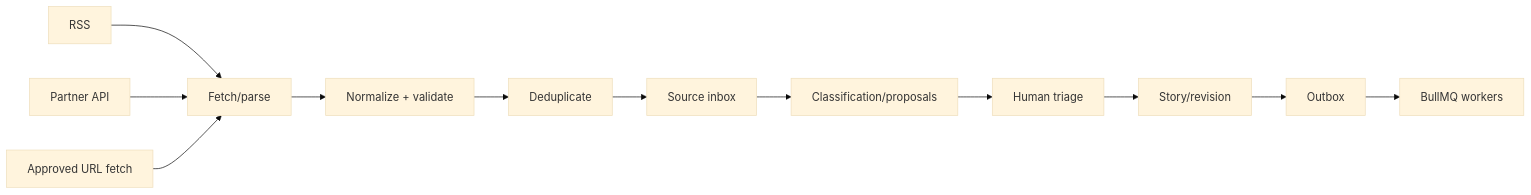
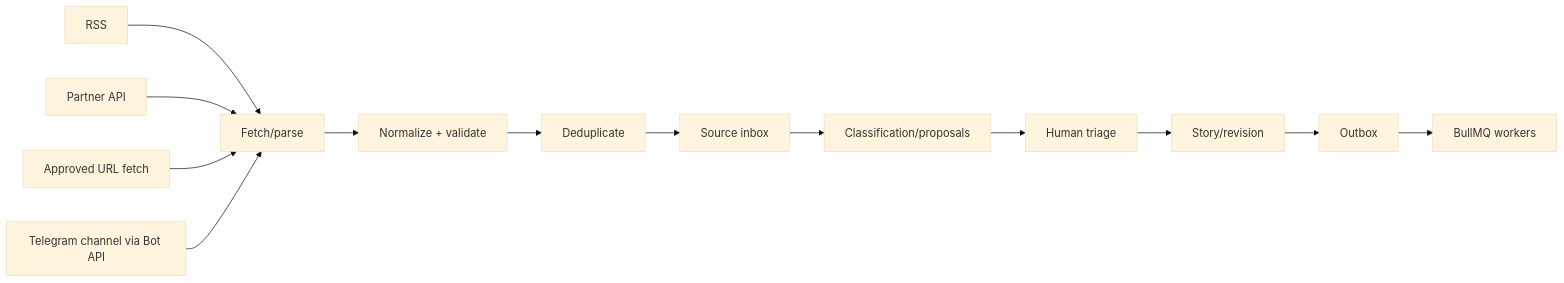
One commit to Cipher-Text/fact-lens changed the diagram in docs/08-ingestion-and-automation.md. Above: the diagram before and after it, drawn with Mermaid (base theme). The commit also changed other lines of this file and 3 other files, not shown here.

Commit message:
feat: Update documentation to include Telegram channel ingestion via Bot API and clarify source types

````diff
--- a/docs/08-ingestion-and-automation.md
+++ b/docs/08-ingestion-and-automation.md
@@ -5,14 +5,15 @@
 ```mermaid
 flowchart LR
   RSS[RSS] --> FETCH[Fetch/parse]
   APIIN[Partner API] --> FETCH
   URL[Approved URL fetch] --> FETCH
+  TG[Telegram channel via Bot API] --> FETCH
   FETCH --> NORM[Normalize + validate]
   NORM --> DEDUP[Deduplicate]
   DEDUP --> INBOX[Source inbox]
   INBOX --> CLASS[Classification/proposals]
   CLASS --> HUMAN[Human triage]
   HUMAN --> STORY[Story/revision]
   STORY --> OUTBOX[Outbox]
   OUTBOX --> JOBS[BullMQ workers]
 ```
````
